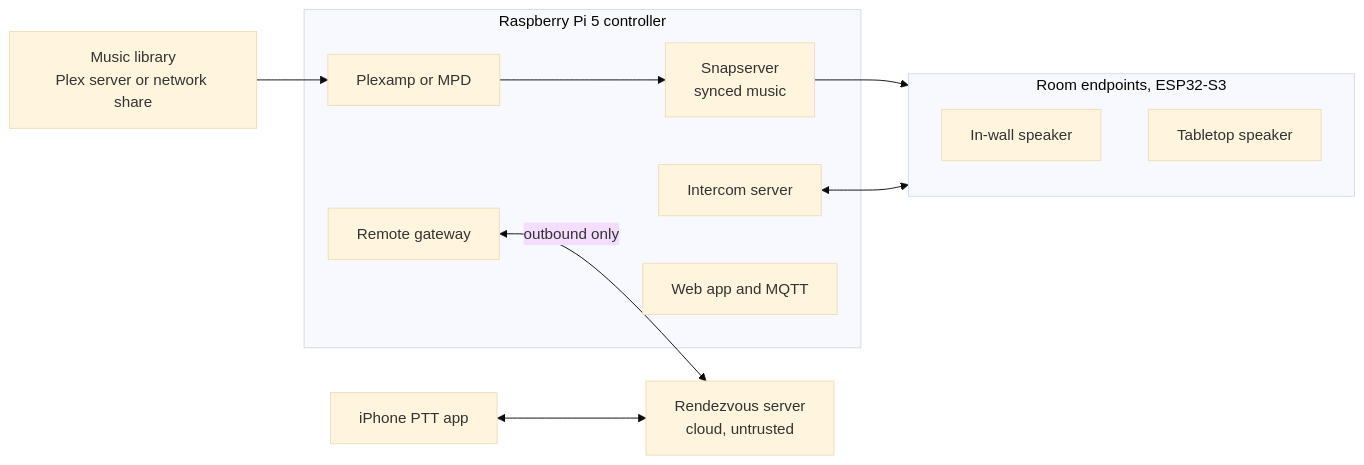
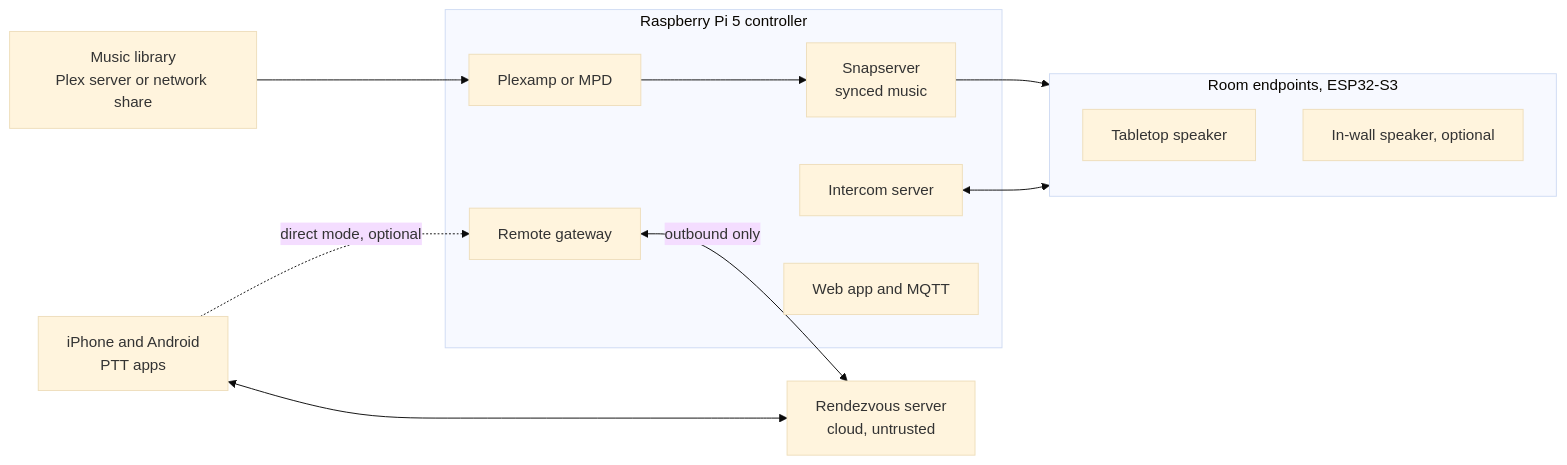
Before and after one commit to Fourthlaw/holler: the diagram in README.md, drawn with Mermaid (base theme). The commit also changed other lines of this file and 3 other files, not shown here.

First line of the commit message:
Add in-wall option, Android app, and direct remote mode

````diff
--- a/README.md
+++ b/README.md
@@ -33,18 +34,19 @@
 ```mermaid
 flowchart LR
     Library[Music library<br/>Plex server or network share] --> Player
     subgraph Pi[Raspberry Pi 5 controller]
         Player[Plexamp or MPD] --> Snap[Snapserver<br/>synced music]
         Intercom[Intercom server]
         Gateway[Remote gateway]
         Web[Web app and MQTT]
     end
     Snap --> Rooms
     Intercom <--> Rooms
     subgraph Rooms[Room endpoints, ESP32-S3]
-        Wall[In-wall speaker]
         Table[Tabletop speaker]
+        Wall[In-wall speaker, optional]
     end
     Gateway <-->|outbound only| Cloud[Rendezvous server<br/>cloud, untrusted]
-    Phone[iPhone PTT app] <--> Cloud
+    Phone[iPhone and Android<br/>PTT apps] <--> Cloud
+    Phone -.->|direct mode, optional| Gateway
 ```
````
